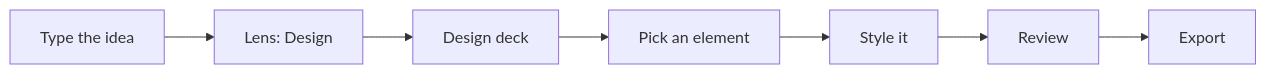
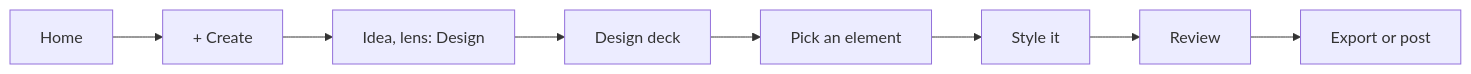
Before and after one commit to Pukujan/swarm-studio: diagram 17 of 22 in docs/ux/SITEMAP.md, drawn with Mermaid. The commit also changed other lines of this file and 4 other files, not shown here.

````diff
--- a/docs/ux/SITEMAP.md
+++ b/docs/ux/SITEMAP.md
@@ -393,4 +414,4 @@
 ```mermaid
 flowchart LR
-  b1[Type the idea] --> b2["Lens: Design"] --> b3[Design deck] --> b4[Pick an element] --> b5[Style it] --> b6[Review] --> b7[Export]
+  b0[Home] --> b1["+ Create"] --> b2["Idea, lens: Design"] --> b3[Design deck] --> b4[Pick an element] --> b5[Style it] --> b6[Review] --> b7[Export or post]
 ```
````
